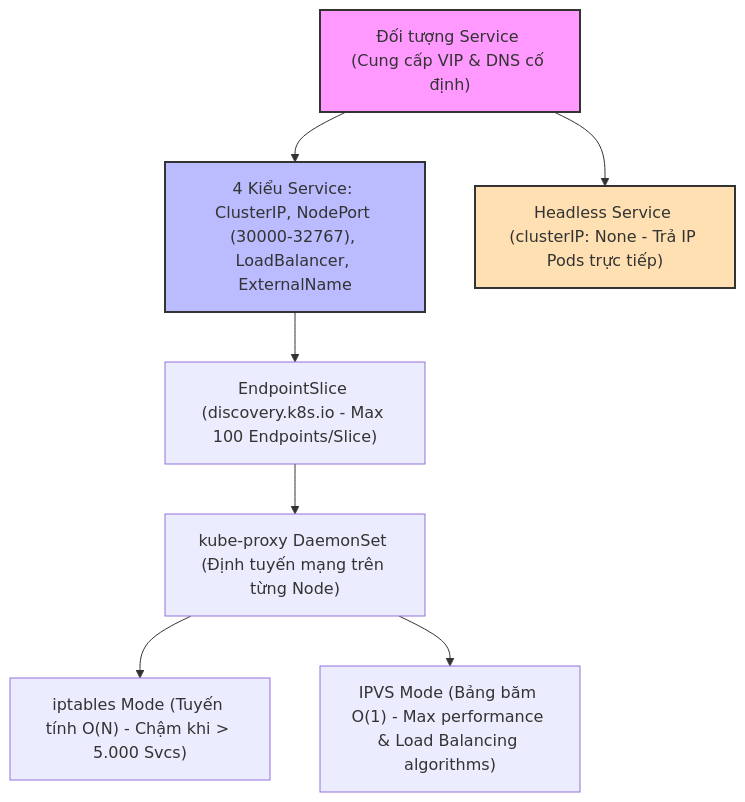
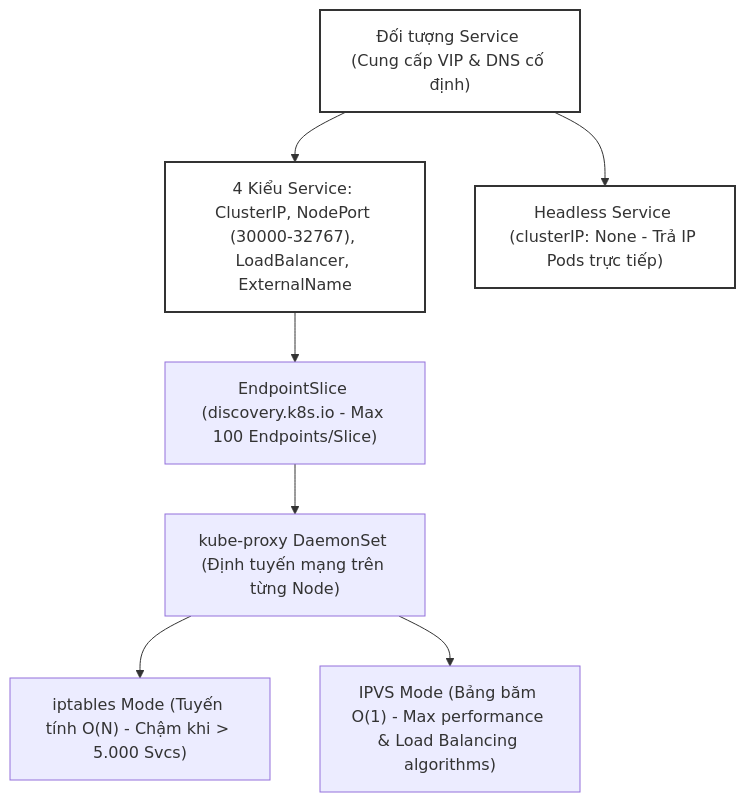
Before and after one commit to kiennt308/ntk: the second of 3 diagrams in _posts/2026-09-12-cka-22-22-service-va-kube-proxy.md, drawn with Mermaid. The commit also changed other lines of this file and 207 other files, not shown here.

Commit message:
feat(posts): batch standardize all 208 posts with TL;DR, qa-card accordion, fill:none mermaid, and liquid raw wrappers

````diff
--- a/_posts/2026-09-12-cka-22-22-service-va-kube-proxy.md
+++ b/_posts/2026-09-12-cka-22-22-service-va-kube-proxy.md
@@ -399,15 +403,15 @@
 ```mermaid
 graph TD
     A["Đối tượng Service (Cung cấp VIP & DNS cố định)"] --> B["4 Kiểu Service: ClusterIP, NodePort (30000-32767), LoadBalancer, ExternalName"]
     A --> C["Headless Service (clusterIP: None - Trả IP Pods trực tiếp)"]
     
     B --> D["EndpointSlice (discovery.k8s.io - Max 100 Endpoints/Slice)"]
     D --> E["kube-proxy DaemonSet (Định tuyến mạng trên từng Node)"]
     
     E --> F["iptables Mode (Tuyến tính O(N) - Chậm khi > 5.000 Svcs)"]
     E --> G["IPVS Mode (Bảng băm O(1) - Max performance & Load Balancing algorithms)"]
 
-    style A fill:#f9f,stroke:#333,stroke-width:2px
-    style B fill:#bbf,stroke:#333,stroke-width:2px
-    style C fill:#ffe0b2,stroke:#333,stroke-width:2px
+    style A fill:none,stroke:#333,stroke-width:2px
+    style B fill:none,stroke:#333,stroke-width:2px
+    style C fill:none,stroke:#333,stroke-width:2px
 ```
````
